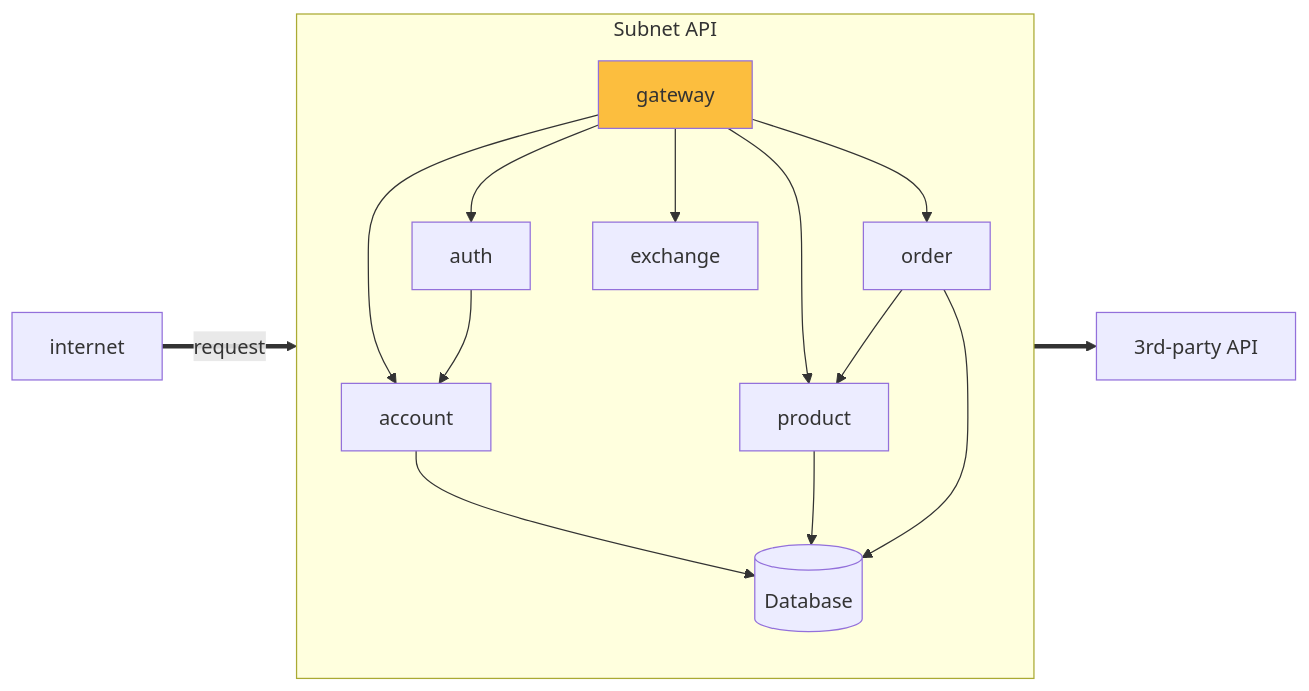
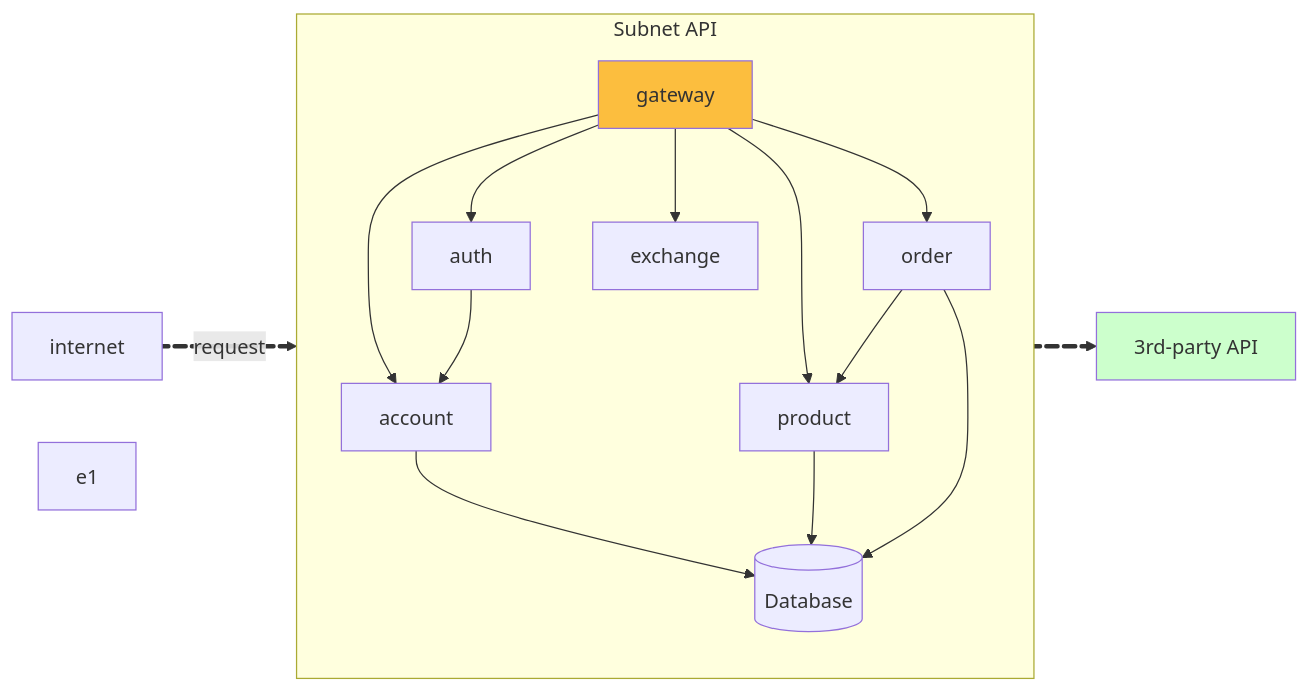
The diagram in docs/index.md (Joao-Pedro-Queiroz/pma_apis_docs), drawn with Mermaid before and after one commit.

Commit message:
melhorando detalhe na aba principal

````diff
--- a/docs/index.md
+++ b/docs/index.md
@@ -9,19 +9,23 @@
 ``` mermaid
 flowchart LR
     subgraph api [Subnet API]
         direction TB
         gateway --> account
         gateway --> auth:::red
         gateway --> product
         gateway --> order
         gateway --> exchange
         auth --> account
         order --> product
         account --> db@{ shape: cyl, label: "Database" }
         product --> db
         order --> db
     end
     exchange e3@==> 3partyapi:::green@{label: "3rd-party API"}
-    internet ==> |request| gateway:::orange
+    internet e2@==> |request| gateway:::orange
+    e1@{ animate: true }
+    e2@{ animate: true }
+    e3@{ animate: true }
+    classDef green fill:#cfc
     classDef orange fill:#FCBE3E
 ```
````
